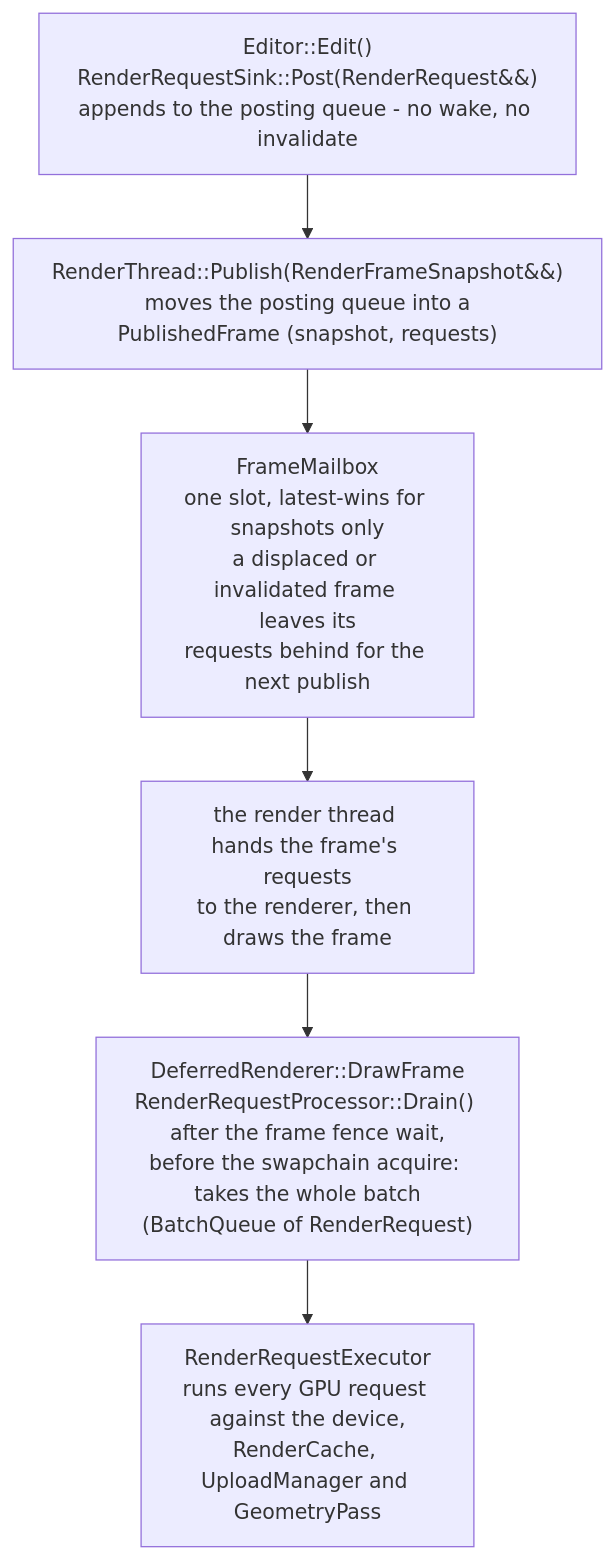
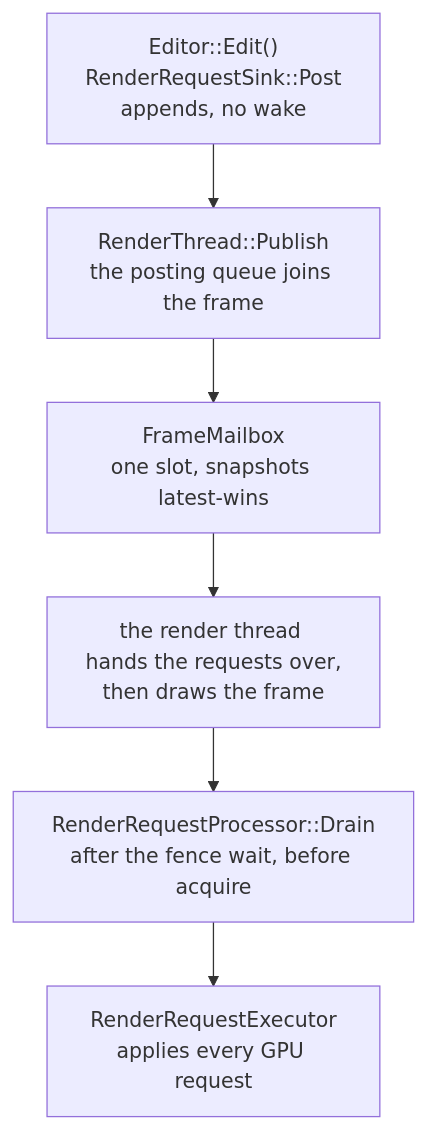
Before and after one commit to XDzZyq/Neurus: the third of 3 diagrams in docs/architecture/data-flow.md, drawn with Mermaid. The commit also changed 9 other files, not shown here.

First line of the commit message:
docs(diagrams): drop the figure caption and trim node labels

````diff
--- a/docs/architecture/data-flow.md
+++ b/docs/architecture/data-flow.md
@@ -129,11 +129,11 @@
 ```mermaid
 flowchart TD
-    edit["Editor::Edit()<br/>RenderRequestSink::Post(RenderRequest&&)<br/>appends to the posting queue - no wake, no invalidate"]
-    publish["RenderThread::Publish(RenderFrameSnapshot&&)<br/>moves the posting queue into a<br/>PublishedFrame (snapshot, requests)"]
-    mailbox["FrameMailbox<br/>one slot, latest-wins for snapshots only<br/>a displaced or invalidated frame leaves its<br/>requests behind for the next publish"]
-    handoff["the render thread hands the frame's requests<br/>to the renderer, then draws the frame"]
-    drain["DeferredRenderer::DrawFrame<br/>RenderRequestProcessor::Drain() after the frame fence wait,<br/>before the swapchain acquire: takes the whole batch<br/>(BatchQueue of RenderRequest)"]
-    execute["RenderRequestExecutor<br/>runs every GPU request against the device,<br/>RenderCache, UploadManager and GeometryPass"]
+    edit["Editor::Edit()<br/>RenderRequestSink::Post<br/>appends, no wake"]
+    publish["RenderThread::Publish<br/>the posting queue joins the frame"]
+    mailbox["FrameMailbox<br/>one slot, snapshots latest-wins"]
+    handoff["the render thread hands the requests over,<br/>then draws the frame"]
+    drain["RenderRequestProcessor::Drain<br/>after the fence wait, before acquire"]
+    execute["RenderRequestExecutor<br/>applies every GPU request"]
 
     edit --> publish --> mailbox --> handoff --> drain --> execute
 ```
````
